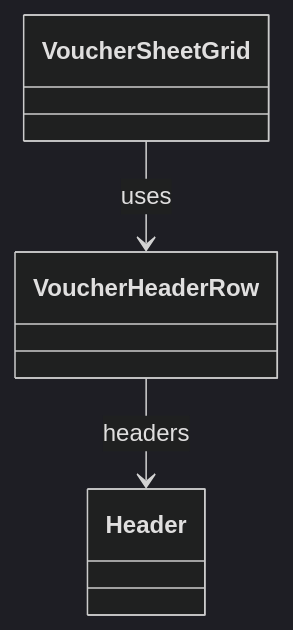
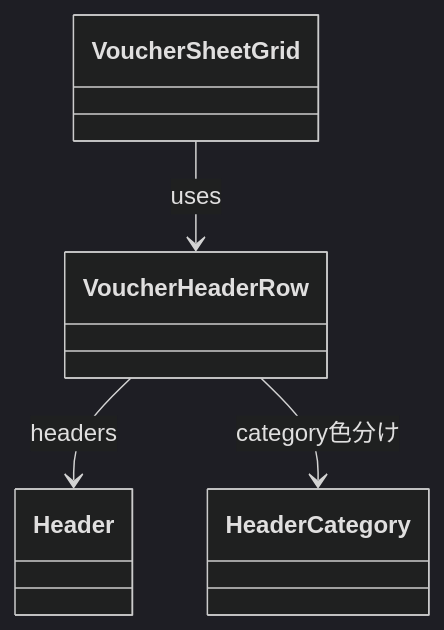
Before and after one commit to MinamiyamaKotaro/m3_pad: the diagram in docs/design/lib/src/features/voucher/presentation/widgets/voucher_header_row.md, drawn with Mermaid (dark theme). The commit also changed other lines of this file and 90 other files, not shown here.

````diff
--- a/docs/design/lib/src/features/voucher/presentation/widgets/voucher_header_row.md
+++ b/docs/design/lib/src/features/voucher/presentation/widgets/voucher_header_row.md
@@ -16,5 +17,6 @@
 ```mermaid
 classDiagram
     VoucherSheetGrid --> VoucherHeaderRow : uses
     VoucherHeaderRow --> Header : headers
+    VoucherHeaderRow --> HeaderCategory : category色分け
 ```
````
